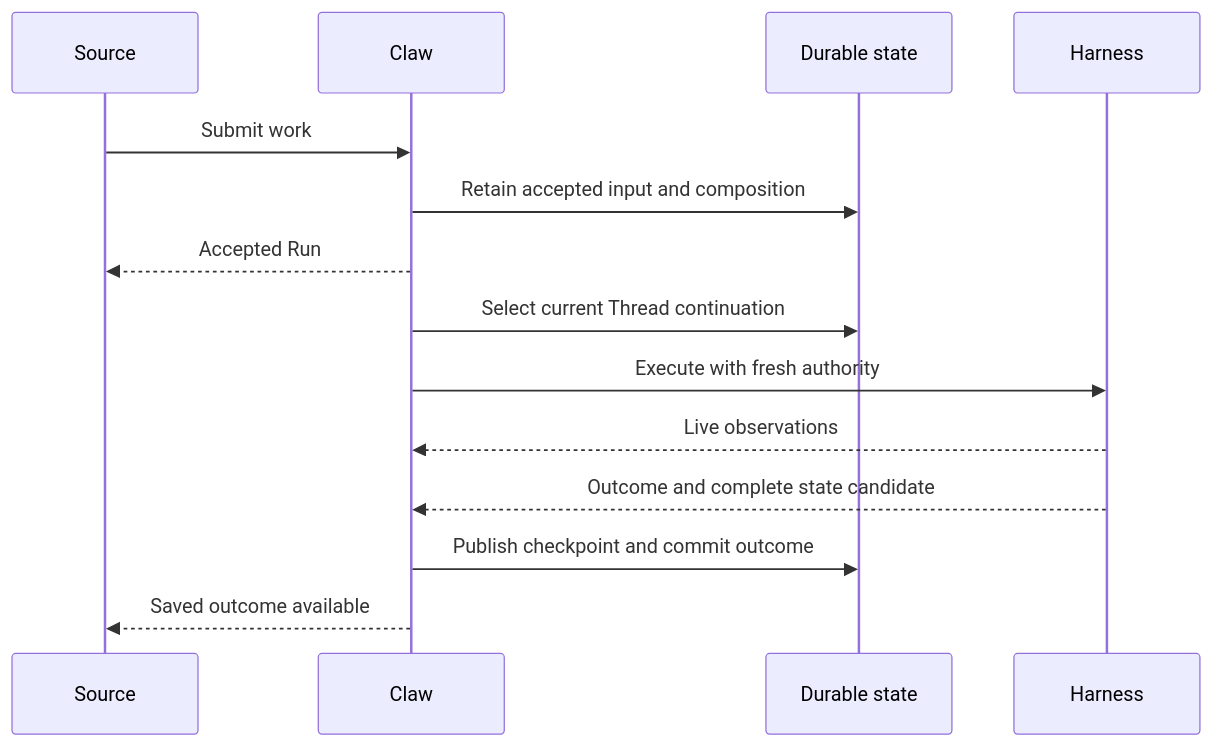
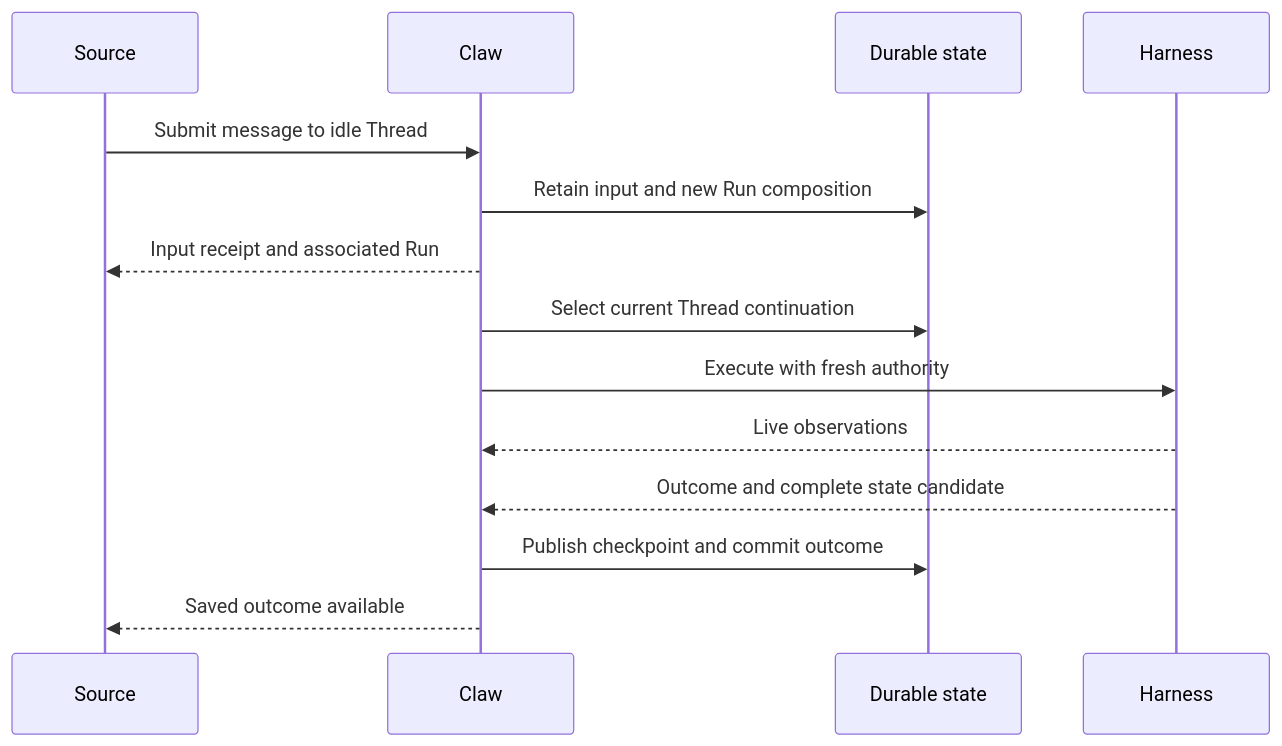
Before and after one commit to Wh1isper/a13n-claw: the second of 2 diagrams in spec/03-execution-lifecycle.md, drawn with Mermaid. The commit also changed other lines of this file and 10 other files, not shown here.

````diff
--- a/spec/03-execution-lifecycle.md
+++ b/spec/03-execution-lifecycle.md
@@ -46,16 +62,16 @@
 ```mermaid
 sequenceDiagram
     participant Source
     participant Claw
     participant State as Durable state
     participant Harness
-    Source->>Claw: Submit work
-    Claw->>State: Retain accepted input and composition
-    Claw-->>Source: Accepted Run
+    Source->>Claw: Submit message to idle Thread
+    Claw->>State: Retain input and new Run composition
+    Claw-->>Source: Input receipt and associated Run
     Claw->>State: Select current Thread continuation
     Claw->>Harness: Execute with fresh authority
     Harness-->>Claw: Live observations
     Harness-->>Claw: Outcome and complete state candidate
     Claw->>State: Publish checkpoint and commit outcome
     Claw-->>Source: Saved outcome available
 ```
````
